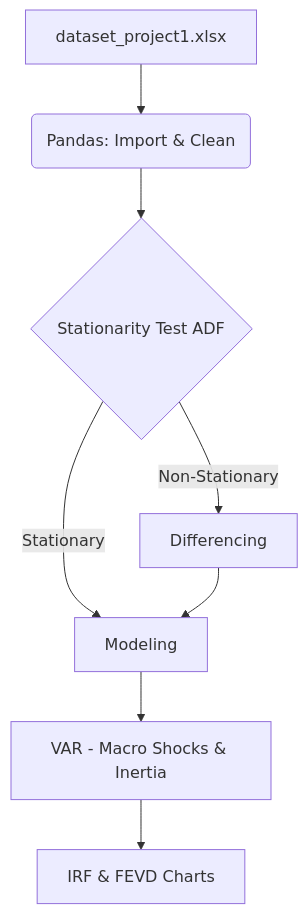
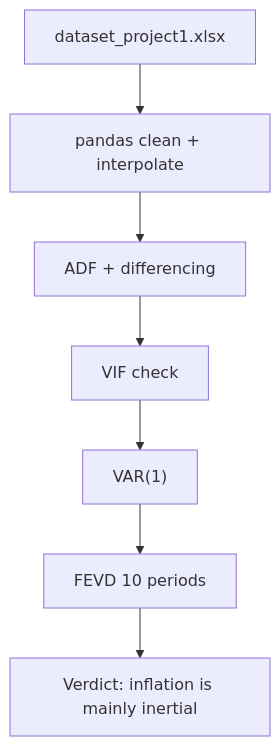
The diagram in docs/system-arch.md (Quan-min211/vn-inflation-forecast), drawn with Mermaid before and after one commit. The commit also changed other lines of this file and 19 other files, not shown here.

Commit message:
Simplify inflation analysis around VAR FEVD inertia verdict

````diff
--- a/docs/system-arch.md
+++ b/docs/system-arch.md
@@ -31,10 +5,9 @@
 ```mermaid
 graph TD
-    A[dataset_project1.xlsx] --> B(Pandas: Import & Clean)
-    B --> C{Stationarity Test ADF}
-    C -->|Non-Stationary| D[Differencing]
-    C -->|Stationary| E[Modeling]
-    D --> E
-    E --> G[VAR - Macro Shocks & Inertia]
-    G --> I[IRF & FEVD Charts]
+    A["dataset_project1.xlsx"] --> B["pandas clean + interpolate"]
+    B --> C["ADF + differencing"]
+    C --> D["VIF check"]
+    D --> E["VAR(1)"]
+    E --> F["FEVD 10 periods"]
+    F --> G["Verdict: inflation is mainly inertial"]
 ```
````
